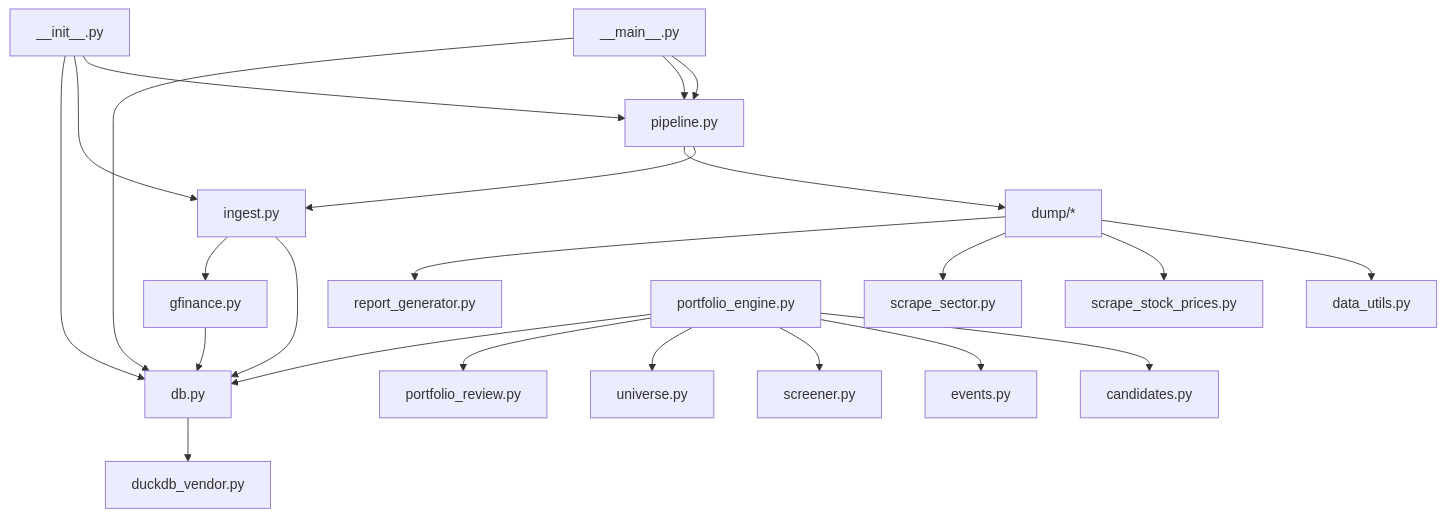
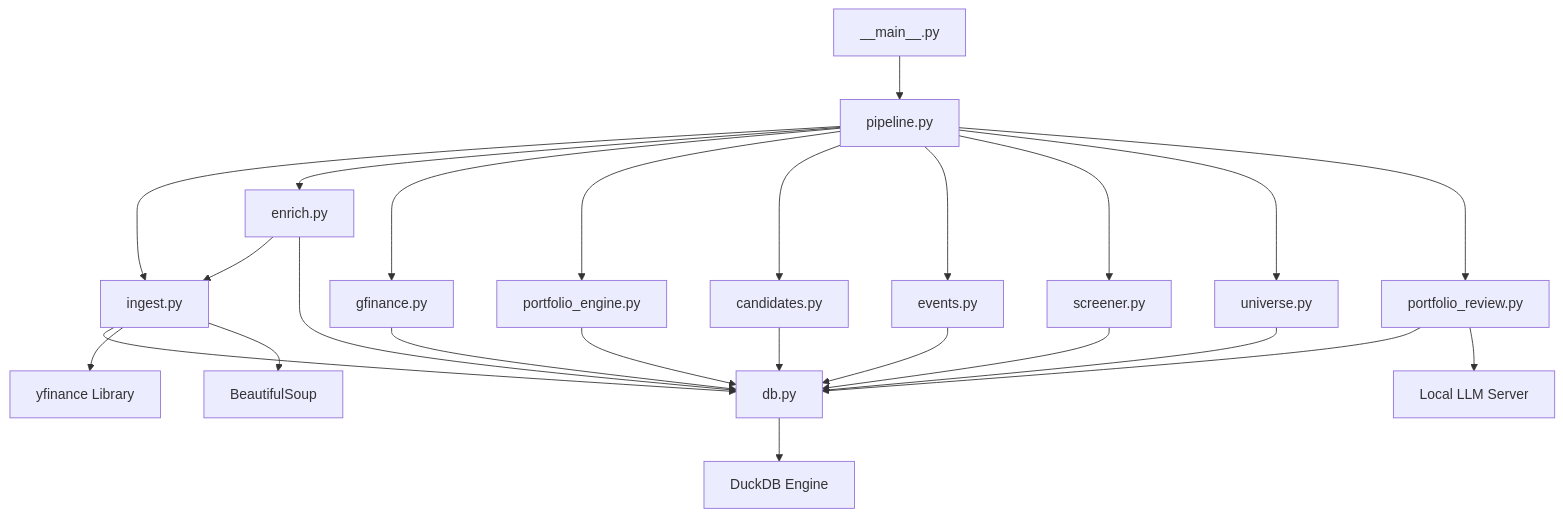
One commit to ZengSeng/telegram-bot changed diagram 21 of 21 in .qoder/repowiki/en/content/Core Components/Data Engineering Module/Data Engineering Module.md. Above: the diagram before and after it, drawn with Mermaid. The commit also changed other lines of this file and 15 other files, not shown here.

````diff
--- a/.qoder/repowiki/en/content/Core Components/Data Engineering Module/Data Engineering Module.md
+++ b/.qoder/repowiki/en/content/Core Components/Data Engineering Module/Data Engineering Module.md
@@ -1137,25 +1412,27 @@
 ```mermaid
 graph TB
 Main["__main__.py"] --> Pipeline["pipeline.py"]
 Pipeline --> Ingest["ingest.py"]
+Pipeline --> Enrich["enrich.py"]
+Pipeline --> GFinance["gfinance.py"]
+Pipeline --> Portfolio["portfolio_engine.py"]
+Pipeline --> Candidates["candidates.py"]
+Pipeline --> Events["events.py"]
+Pipeline --> Screener["screener.py"]
+Pipeline --> Universe["universe.py"]
+Pipeline --> Review["portfolio_review.py"]
 Ingest --> DB["db.py"]
-Ingest --> GF["gfinance.py"]
-DB --> DuckDB["duckdb_vendor.py"]
-Pipeline --> Dump["dump/*"]
-Dump --> DataUtils["data_utils.py"]
-Dump --> ScrapePrices["scrape_stock_prices.py"]
-Dump --> ScrapeSector["scrape_sector.py"]
-Dump --> ReportGen["report_generator.py"]
-Init["__init__.py"] --> Pipeline
-Init --> Ingest
-Init --> DB
-Main --> Pipeline
-Main --> DB
-GF --> DB
-Portfolio["portfolio_engine.py"] --> Candidates["candidates.py"]
-Portfolio --> Events["events.py"]
-Portfolio --> Screener["screener.py"]
-Portfolio --> Universe["universe.py"]
-Portfolio --> Review["portfolio_review.py"]
+Enrich --> Ingest
+Enrich --> DB
+GFinance --> DB
 Portfolio --> DB
+Candidates --> DB
+Events --> DB
+Screener --> DB
+Universe --> DB
+Review --> DB
+DB --> DuckDB["DuckDB Engine"]
+Ingest --> YFinance["yfinance Library"]
+Ingest --> BeautifulSoup["BeautifulSoup"]
+Review --> LLM["Local LLM Server"]
 ```
````
